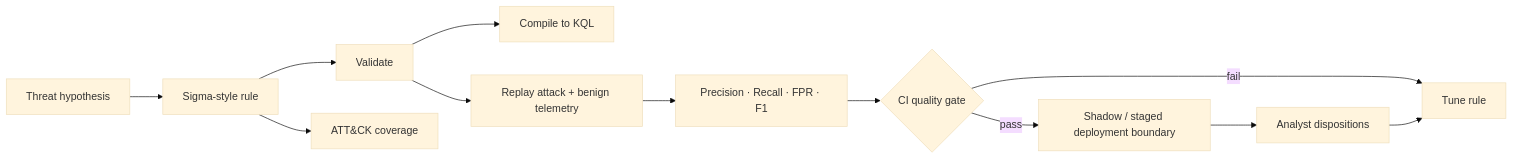
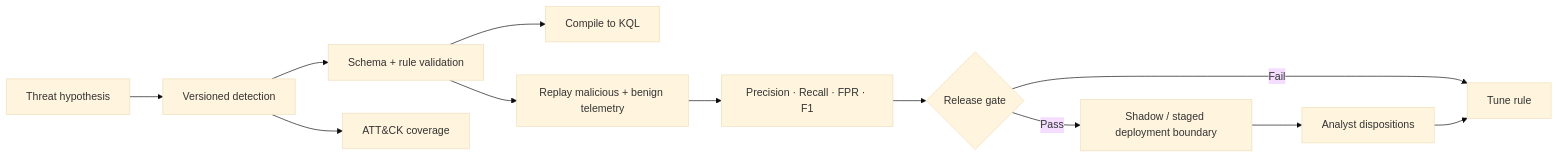
The diagram in README.md (VinayK88/DetectionForge), drawn with Mermaid (base theme) before and after one commit. The commit also changed other lines of this file, not shown here.

Commit message:
Refresh DetectionForge README

````diff
--- a/README.md
+++ b/README.md
@@ -29,14 +45,14 @@
 ```mermaid
 flowchart LR
-    H["Threat hypothesis"] --> R["Sigma-style rule"]
-    R --> V["Validate"]
-    V --> K["Compile to KQL"]
-    V --> P["Replay attack + benign telemetry"]
-    P --> M["Precision · Recall · FPR · F1"]
-    M --> G{"CI quality gate"}
-    G -->|pass| S["Shadow / staged deployment boundary"]
-    G -->|fail| T["Tune rule"]
-    S --> F["Analyst dispositions"]
+    H[Threat hypothesis] --> R[Versioned detection]
+    R --> V[Schema + rule validation]
+    V --> K[Compile to KQL]
+    V --> P[Replay malicious + benign telemetry]
+    P --> M[Precision · Recall · FPR · F1]
+    M --> G{Release gate}
+    G -->|Pass| D[Shadow / staged deployment boundary]
+    G -->|Fail| T[Tune rule]
+    D --> F[Analyst dispositions]
     F --> T
-    R --> A["ATT&CK coverage"]
+    R --> A[ATT&CK coverage]
 ```
````
